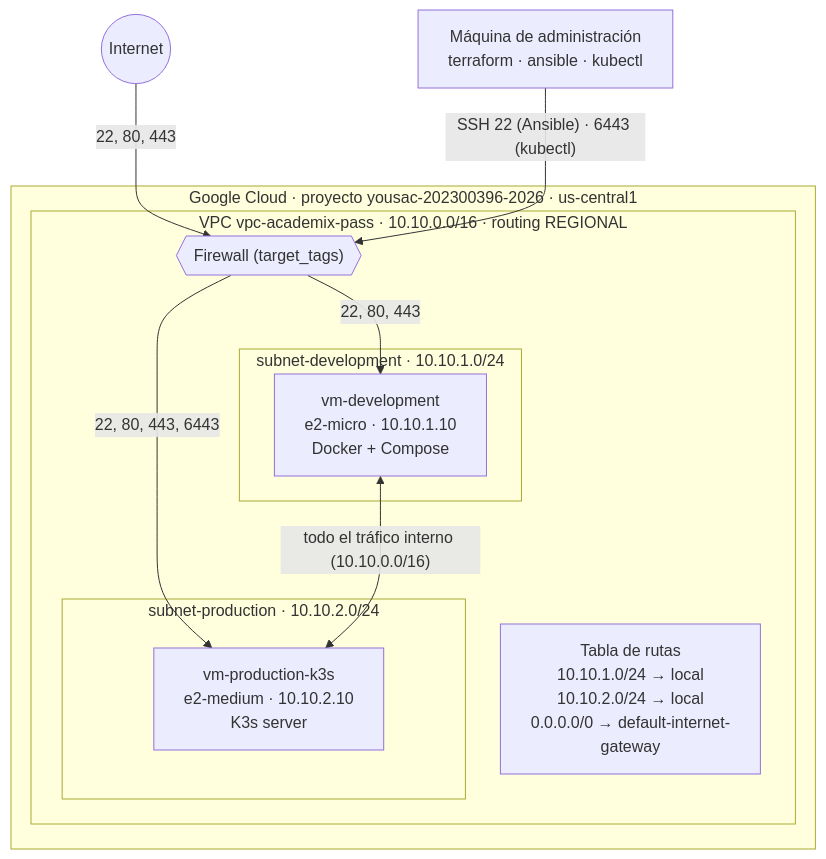
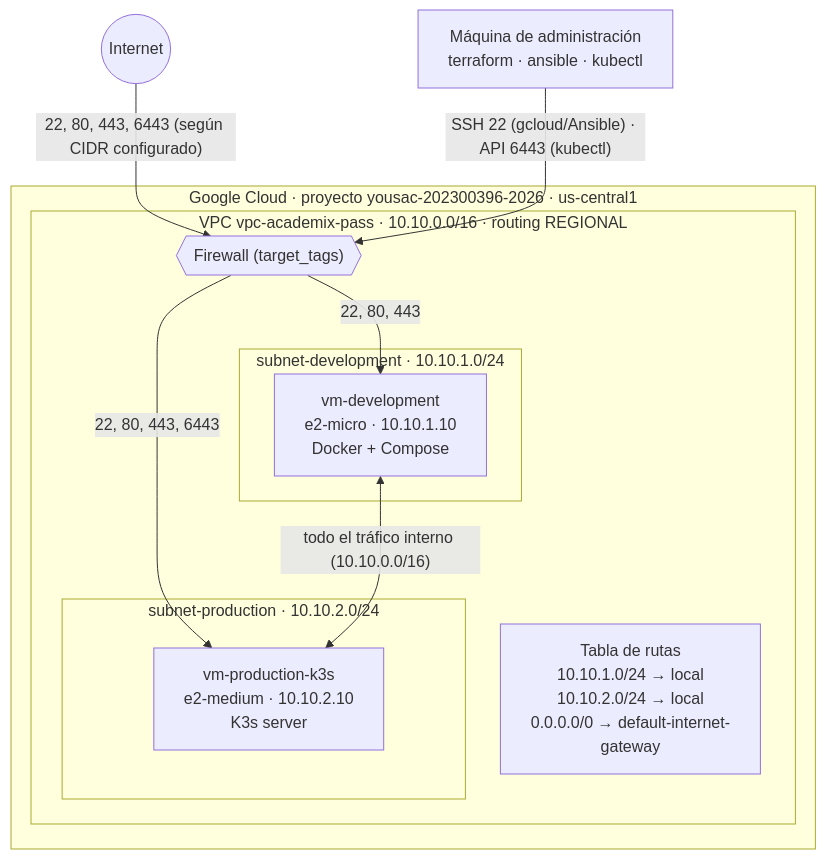
The first of 2 diagrams in Practica9/README.md (thanya-gate/SA_PRACTICA_202307691), drawn with Mermaid before and after one commit. The commit also changed other lines of this file and 14 other files, not shown here.

````diff
--- a/Practica9/README.md
+++ b/Practica9/README.md
@@ -61,24 +63,24 @@
 ```mermaid
 flowchart TB
     internet((Internet))
     admin["Máquina de administración<br/>terraform · ansible · kubectl"]
 
     subgraph gcp["Google Cloud · proyecto yousac-202300396-2026 · us-central1"]
         subgraph vpc["VPC vpc-academix-pass · 10.10.0.0/16 · routing REGIONAL"]
             rt["Tabla de rutas<br/>10.10.1.0/24 → local<br/>10.10.2.0/24 → local<br/>0.0.0.0/0 → default-internet-gateway"]
             fw{{"Firewall (target_tags)"}}
             subgraph sdev["subnet-development · 10.10.1.0/24"]
                 dev["vm-development<br/>e2-micro · 10.10.1.10<br/>Docker + Compose"]
             end
             subgraph sprod["subnet-production · 10.10.2.0/24"]
                 prod["vm-production-k3s<br/>e2-medium · 10.10.2.10<br/>K3s server"]
             end
         end
     end
 
-    internet -- "22, 80, 443" --> fw
-    admin -- "SSH 22 (Ansible) · 6443 (kubectl)" --> fw
+    internet -- "22, 80, 443, 6443 (según CIDR configurado)" --> fw
+    admin -- "SSH 22 (gcloud/Ansible) · API 6443 (kubectl)" --> fw
     fw -- "22, 80, 443" --> dev
     fw -- "22, 80, 443, 6443" --> prod
     dev <-- "todo el tráfico interno (10.10.0.0/16)" --> prod
 ```
````
